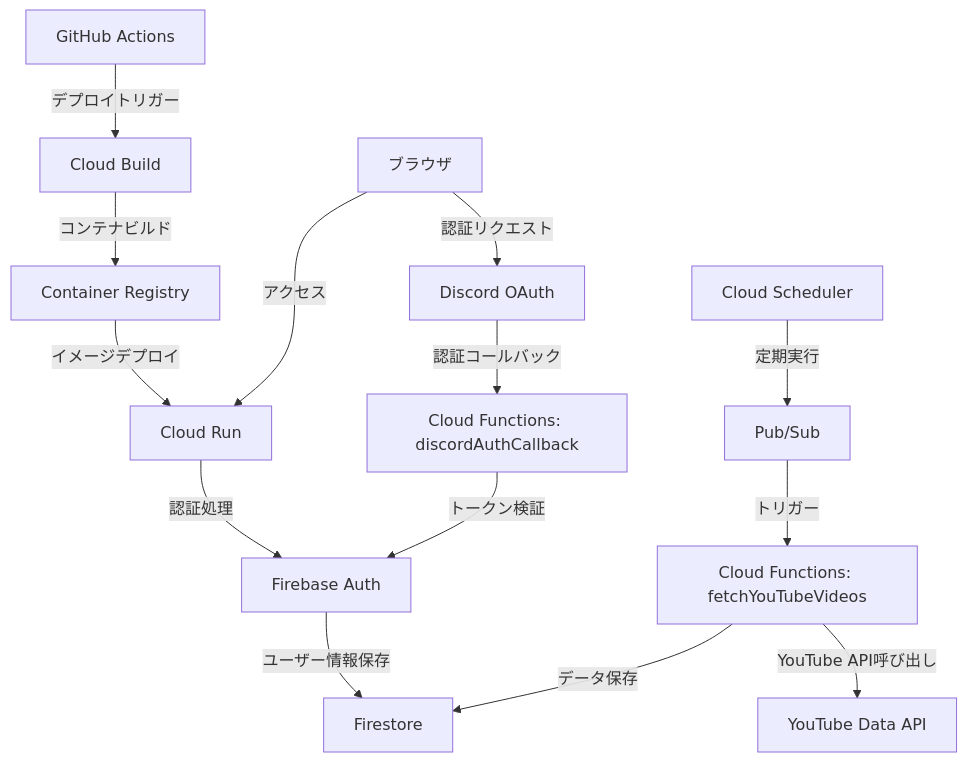
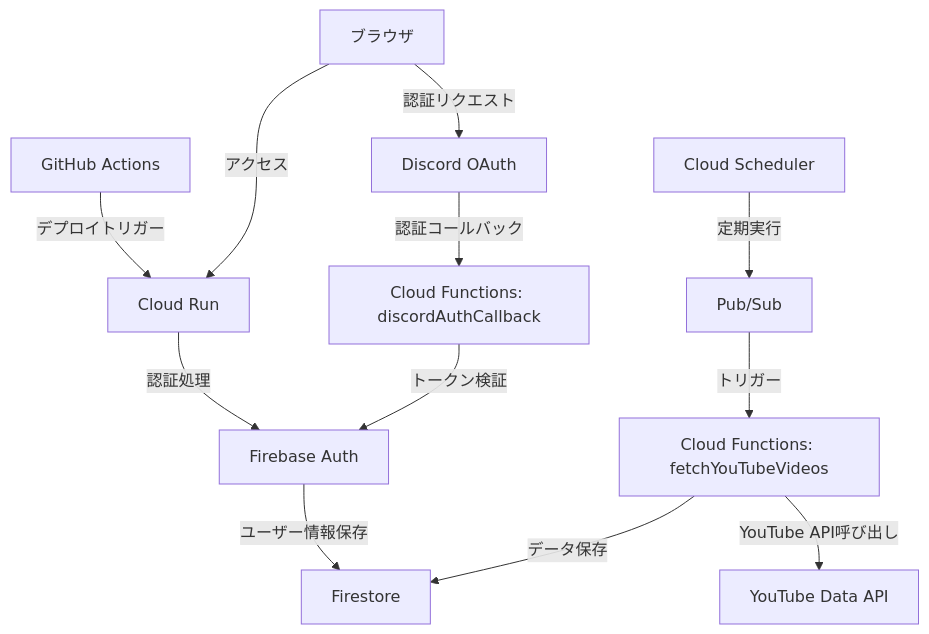
One commit to nothink-jp/suzumina.click changed the diagram in docs/INFRA_AUDIT.md. Above: the diagram before and after it, drawn with Mermaid. The commit also changed other lines of this file and 7 other files, not shown here.

````diff
--- a/docs/INFRA_AUDIT.md
+++ b/docs/INFRA_AUDIT.md
@@ -24,16 +24,14 @@
 ```mermaid
 graph TD
-    A[GitHub Actions] -->|デプロイトリガー| B[Cloud Build]
-    B -->|コンテナビルド| C[Container Registry]
-    C -->|イメージデプロイ| D[Cloud Run]
+    A[GitHub Actions] -->|デプロイトリガー| D[Cloud Run]
     D -->|認証処理| E[Firebase Auth]
     E -->|ユーザー情報保存| F[Firestore]
     G[Cloud Scheduler] -->|定期実行| H[Pub/Sub]
     H -->|トリガー| I[Cloud Functions: fetchYouTubeVideos]
     I -->|YouTube API呼び出し| J[YouTube Data API]
     I -->|データ保存| F
     K[Discord OAuth] -->|認証コールバック| L[Cloud Functions: discordAuthCallback]
     L -->|トークン検証| E
     M[ブラウザ] -->|アクセス| D
     M -->|認証リクエスト| K
 ```
````
